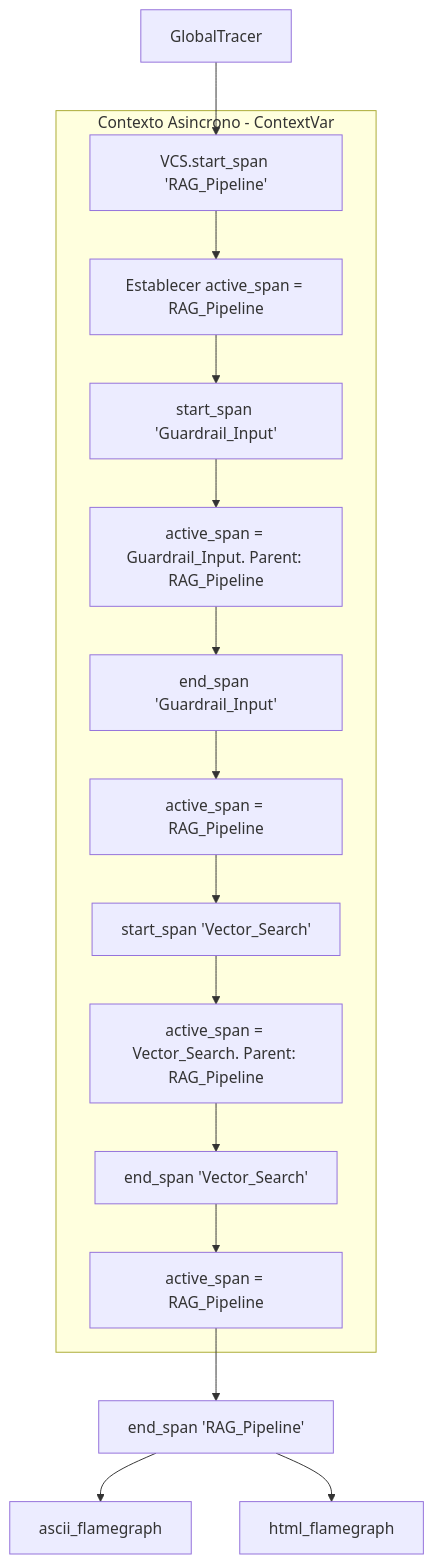
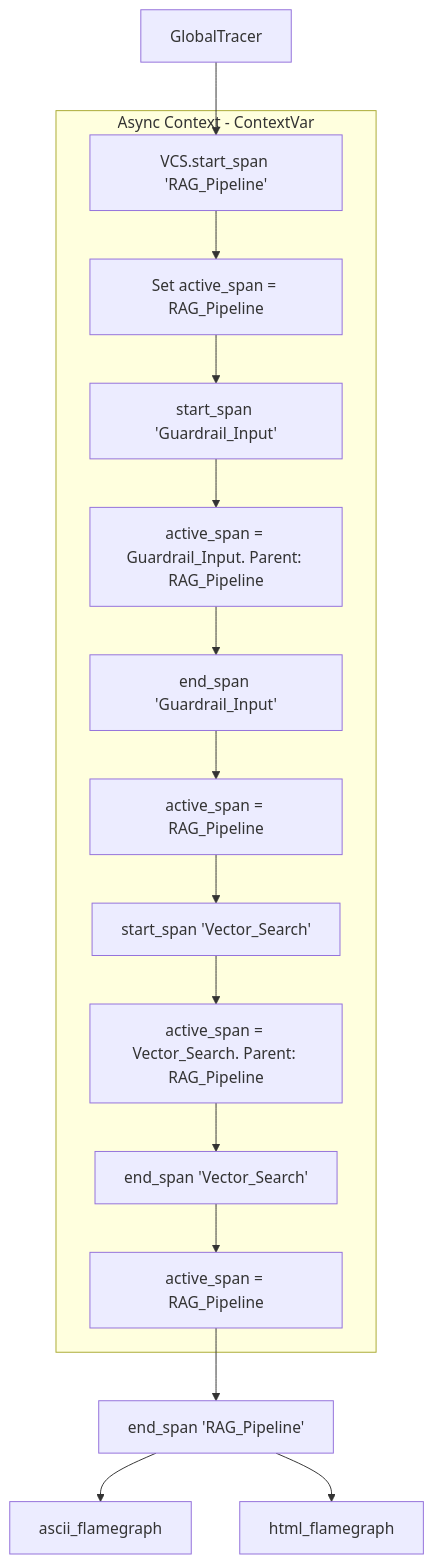
The diagram in README.md (juanmmm21/llm-observability-tracer), drawn with Mermaid before and after one commit. The commit also changed other lines of this file, not shown here.

````diff
--- a/README.md
+++ b/README.md
@@ -11,21 +11,21 @@
 ```mermaid
 flowchart TD
     Tracer[GlobalTracer] --> Start[VCS.start_span 'RAG_Pipeline']
     
-    subgraph Contexto Asincrono - ContextVar
-        Start --> SetActive[Establecer active_span = RAG_Pipeline]
+    subgraph Async Context - ContextVar
+        Start --> SetActive[Set active_span = RAG_Pipeline]
         SetActive --> Step1[start_span 'Guardrail_Input']
         Step1 --> SetActive1[active_span = Guardrail_Input. Parent: RAG_Pipeline]
         SetActive1 --> EndStep1[end_span 'Guardrail_Input']
         EndStep1 --> SetActiveParent[active_span = RAG_Pipeline]
         
         SetActiveParent --> Step2[start_span 'Vector_Search']
         Step2 --> SetActive2[active_span = Vector_Search. Parent: RAG_Pipeline]
         SetActive2 --> EndStep2[end_span 'Vector_Search']
         EndStep2 --> SetActiveParent2[active_span = RAG_Pipeline]
     end
     
     SetActiveParent2 --> EndRoot[end_span 'RAG_Pipeline']
     EndRoot --> ExportASCII[ascii_flamegraph]
     EndRoot --> ExportHTML[html_flamegraph]
 ```
````
